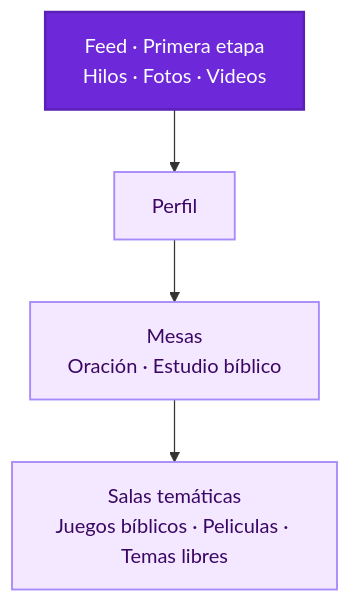
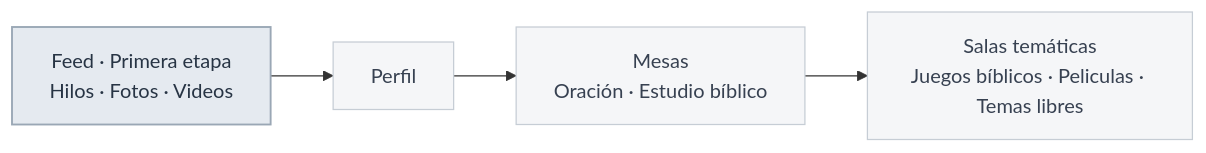
Before and after one commit to IsaacToDv/FraterChrist.org: the first of 2 diagrams in README.md, drawn with Mermaid.

Commit message:
docs: soften and horizontalize product roadmap diagram

```diff
--- a/README.md
+++ b/README.md
@@ -35,14 +35,14 @@
 ~~~mermaid
-flowchart TD
+flowchart LR
     Feed["Feed · Primera etapa<br/>Hilos · Fotos · Videos"]
     Profile["Perfil"]
     Tables["Mesas<br/>Oración · Estudio bíblico"]
     Rooms["Salas temáticas<br/>Juegos bíblicos · Peliculas · Temas libres"]
 
     Feed --> Profile --> Tables --> Rooms
 
-    classDef first fill:#6D28D9,stroke:#5B21B6,color:#FFFFFF,stroke-width:2px;
-    classDef next fill:#F3E8FF,stroke:#A78BFA,color:#3B0764,stroke-width:1.5px;
+    classDef first fill:#E5EAF0,stroke:#9AA7B5,color:#273444,stroke-width:1.5px;
+    classDef next fill:#F5F6F8,stroke:#C6CDD5,color:#374151,stroke-width:1px;
     class Feed first;
     class Profile,Tables,Rooms next;
 ~~~
```
